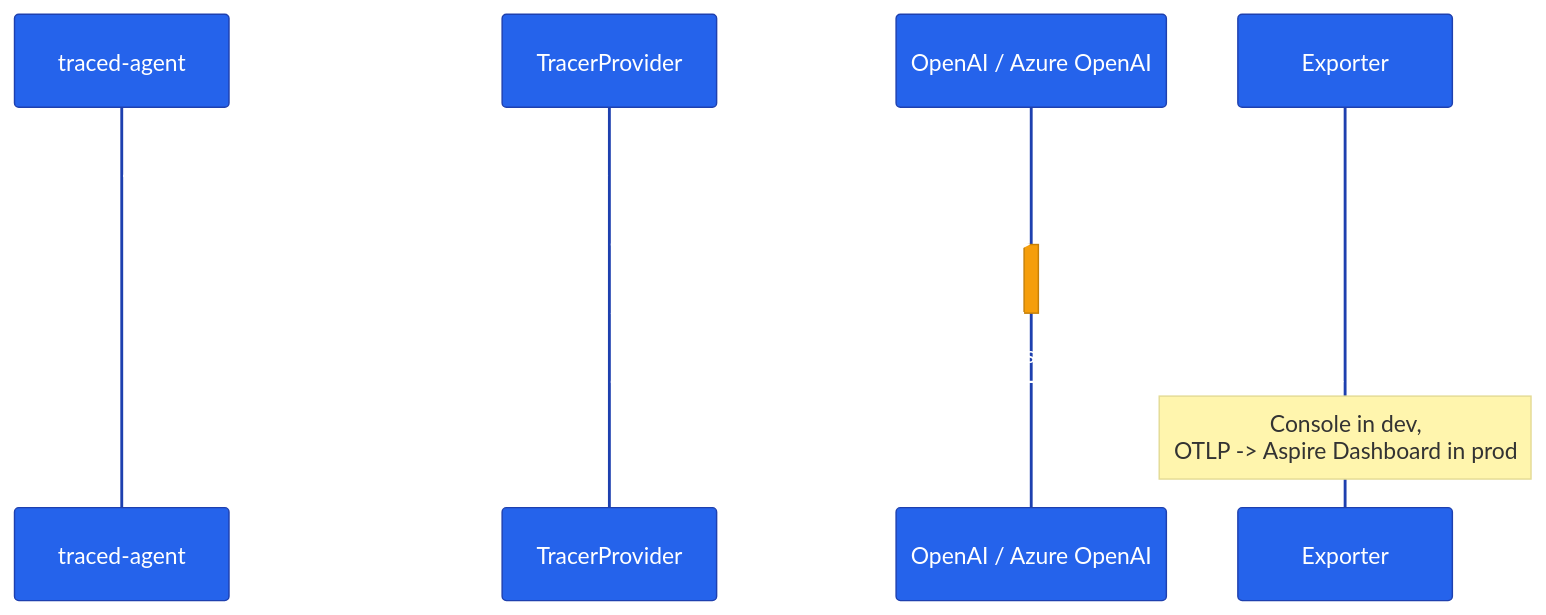
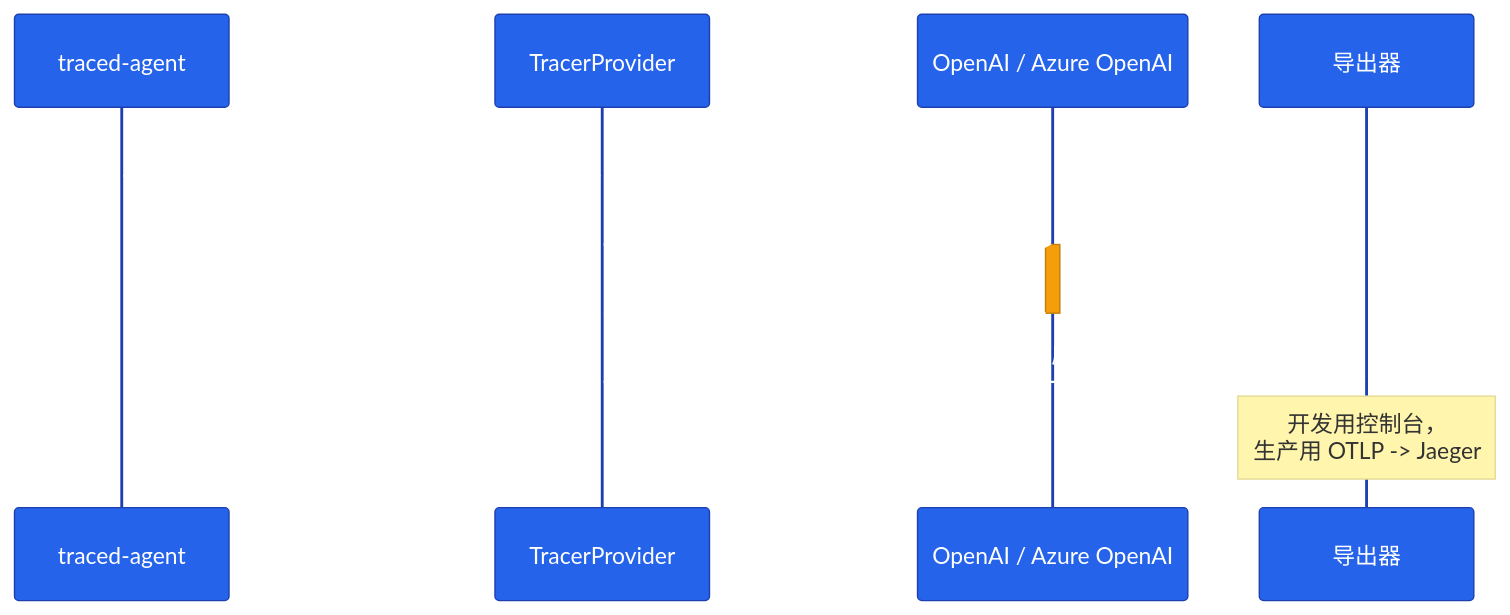
Before and after one commit to s1encisi/reliable-commerce-agents: the diagram in tutorials/07-observability-otel/README.md, drawn with Mermaid. The commit also changed other lines of this file and 1033 other files, not shown here.

````diff
--- a/tutorials/07-observability-otel/README.md
+++ b/tutorials/07-observability-otel/README.md
@@ -28,19 +30,19 @@
 ```mermaid
 %%{init: {'theme':'base', 'themeVariables': {
   'primaryColor': '#2563eb','primaryTextColor': '#ffffff','primaryBorderColor': '#1e40af',
   'lineColor': '#64748b','secondaryColor': '#f59e0b','tertiaryColor': '#10b981',
   'background': 'transparent'}}}%%
 sequenceDiagram
   participant App as traced-agent
   participant Prov as TracerProvider
   participant LLM as OpenAI / Azure OpenAI
-  participant Exp as Exporter
+  participant Exp as 导出器
 
-  App->>Prov: start span "invoke_agent traced-agent"
-  Prov->>LLM: chat completion request
+  App->>Prov: 启动跨度 "invoke_agent traced-agent"
+  Prov->>LLM: chat completion 请求
   activate LLM
-  LLM-->>Prov: chat gpt-4.1 span (gen_ai.* attrs)
+  LLM-->>Prov: chat gpt-4.1 跨度（gen_ai.* 属性）
   deactivate LLM
-  Prov->>Exp: export finished spans
-  Note over Exp: Console in dev,<br/>OTLP -> Aspire Dashboard in prod
+  Prov->>Exp: 导出已完成的跨度
+  Note over Exp: 开发用控制台，<br/>生产用 OTLP -> Jaeger
 ```
````
